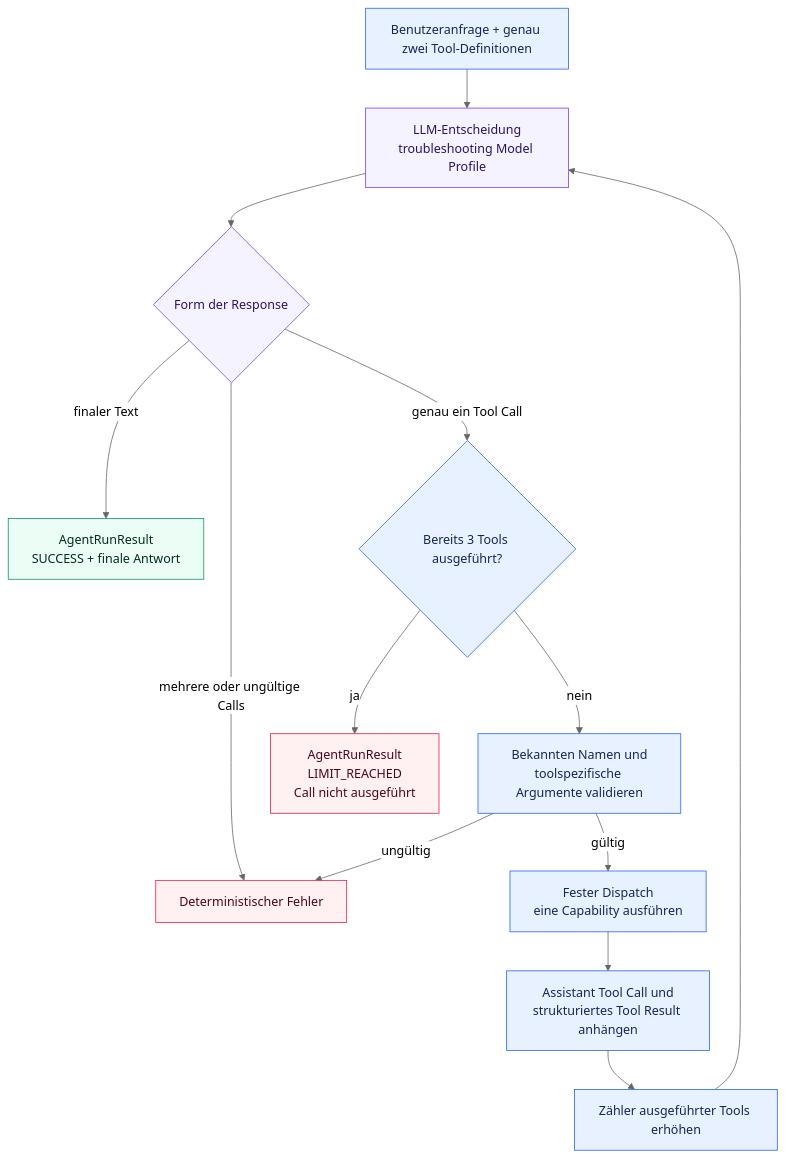
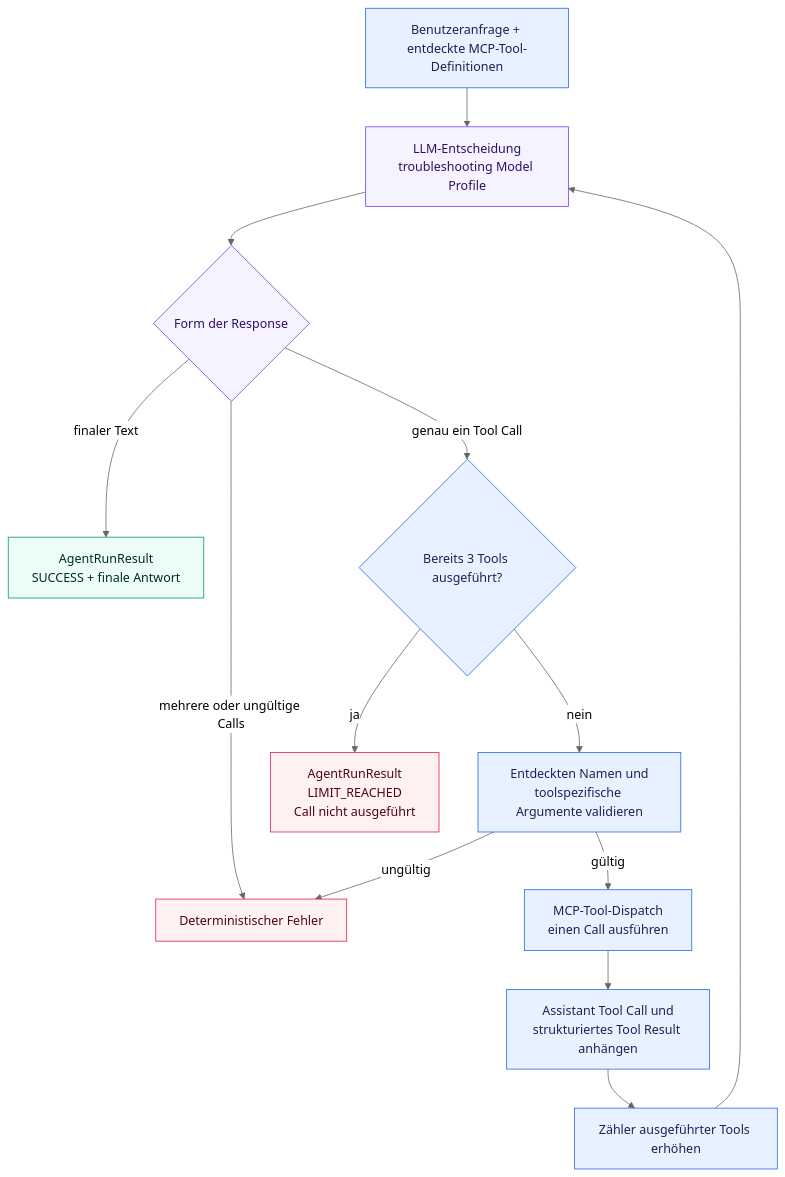
Before and after one commit to aboerzel/industrial-ai-agent: the fourth of 11 diagrams in docs/architecture/overview.de.md, drawn with Mermaid (neutral theme). The commit also changed other lines of this file and 30 other files, not shown here.

````diff
--- a/docs/architecture/overview.de.md
+++ b/docs/architecture/overview.de.md
@@ -272,24 +269,24 @@
 ```mermaid
 flowchart TD
-    Start["Benutzeranfrage + genau zwei Tool-Definitionen"] --> Decide["LLM-Entscheidung<br/>troubleshooting Model Profile"]
+    Start["Benutzeranfrage + entdeckte MCP-Tool-Definitionen"] --> Decide["LLM-Entscheidung<br/>troubleshooting Model Profile"]
     Decide --> Shape{"Form der Response"}
     Shape -->|"finaler Text"| Success["AgentRunResult<br/>SUCCESS + finale Antwort"]
     Shape -->|"mehrere oder ungültige Calls"| Invalid["Deterministischer Fehler"]
     Shape -->|"genau ein Tool Call"| Budget{"Bereits 3 Tools ausgeführt?"}
     Budget -->|"ja"| Limit["AgentRunResult<br/>LIMIT_REACHED<br/>Call nicht ausgeführt"]
-    Budget -->|"nein"| Validate["Bekannten Namen und<br/>toolspezifische Argumente validieren"]
+    Budget -->|"nein"| Validate["Entdeckten Namen und<br/>toolspezifische Argumente validieren"]
     Validate -->|"ungültig"| Invalid
-    Validate -->|"gültig"| Dispatch["Fester Dispatch<br/>eine Capability ausführen"]
+    Validate -->|"gültig"| Dispatch["MCP-Tool-Dispatch<br/>einen Call ausführen"]
     Dispatch --> Observe["Assistant Tool Call und<br/>strukturiertes Tool Result anhängen"]
     Observe --> Count["Zähler ausgeführter Tools erhöhen"]
     Count --> Decide
 
     classDef llm fill:#f5f3ff,stroke:#7c3aed,color:#2e1065
     classDef deterministic fill:#e8f1ff,stroke:#2563eb,color:#172554
     classDef success fill:#ecfdf5,stroke:#059669,color:#022c22
     classDef failure fill:#fff1f2,stroke:#e11d48,color:#4c0519
     class Decide,Shape llm
     class Start,Budget,Validate,Dispatch,Observe,Count deterministic
     class Success success
     class Invalid,Limit failure
 ```
````
